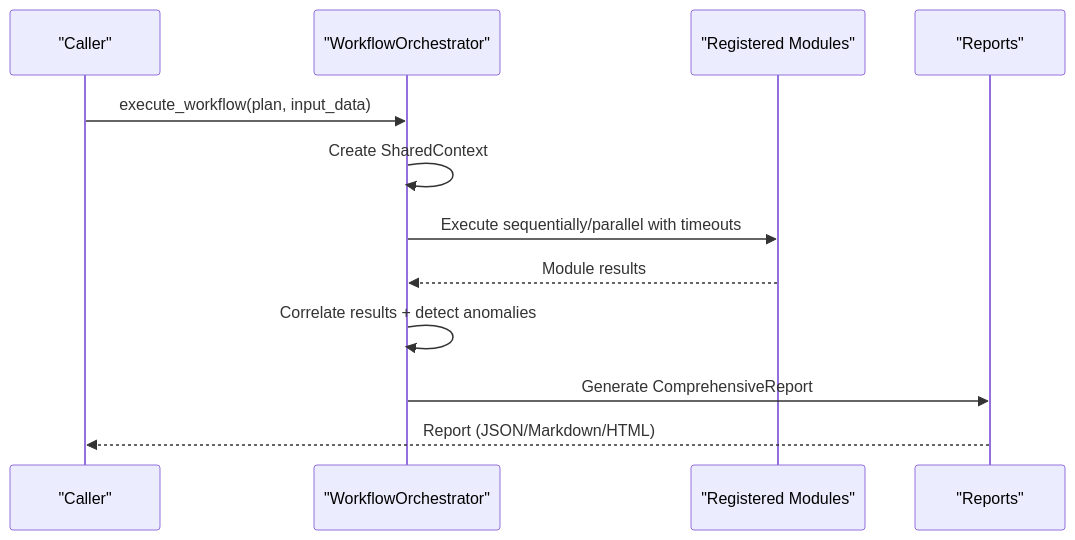
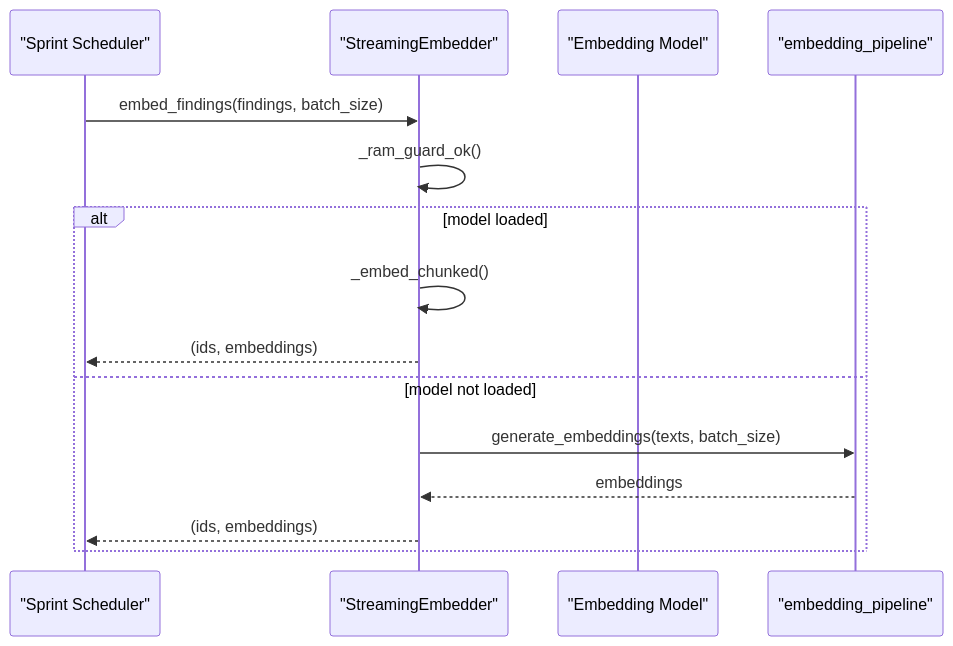
One commit to Hamulda/hledac-universal changed the ninth of 12 diagrams in .qoder/repowiki/en/content/Intelligence Modules/Intelligence Modules.md. Above: the diagram before and after it, drawn with Mermaid. The commit also changed other lines of this file and 236 other files, not shown here.

Commit message:
feat: F234 prelive gate, acquisition strategy and sprint scheduler improvements

````diff
--- a/.qoder/repowiki/en/content/Intelligence Modules/Intelligence Modules.md
+++ b/.qoder/repowiki/en/content/Intelligence Modules/Intelligence Modules.md
@@ -364,14 +422,17 @@
 ```mermaid
 sequenceDiagram
-participant Caller as "Caller"
-participant Orchestrator as "WorkflowOrchestrator"
-participant Modules as "Registered Modules"
-participant Reports as "Reports"
-Caller->>Orchestrator : execute_workflow(plan, input_data)
-Orchestrator->>Orchestrator : Create SharedContext
-Orchestrator->>Modules : Execute sequentially/parallel with timeouts
-Modules-->>Orchestrator : Module results
-Orchestrator->>Orchestrator : Correlate results + detect anomalies
-Orchestrator->>Reports : Generate ComprehensiveReport
-Reports-->>Caller : Report (JSON/Markdown/HTML)
+participant Caller as "Sprint Scheduler"
+participant SE as "StreamingEmbedder"
+participant Model as "Embedding Model"
+participant EP as "embedding_pipeline"
+Caller->>SE : embed_findings(findings, batch_size)
+SE->>SE : _ram_guard_ok()
+alt model loaded
+SE->>SE : _embed_chunked()
+SE-->>Caller : (ids, embeddings)
+else model not loaded
+SE->>EP : generate_embeddings(texts, batch_size)
+EP-->>SE : embeddings
+SE-->>Caller : (ids, embeddings)
+end
 ```
````
